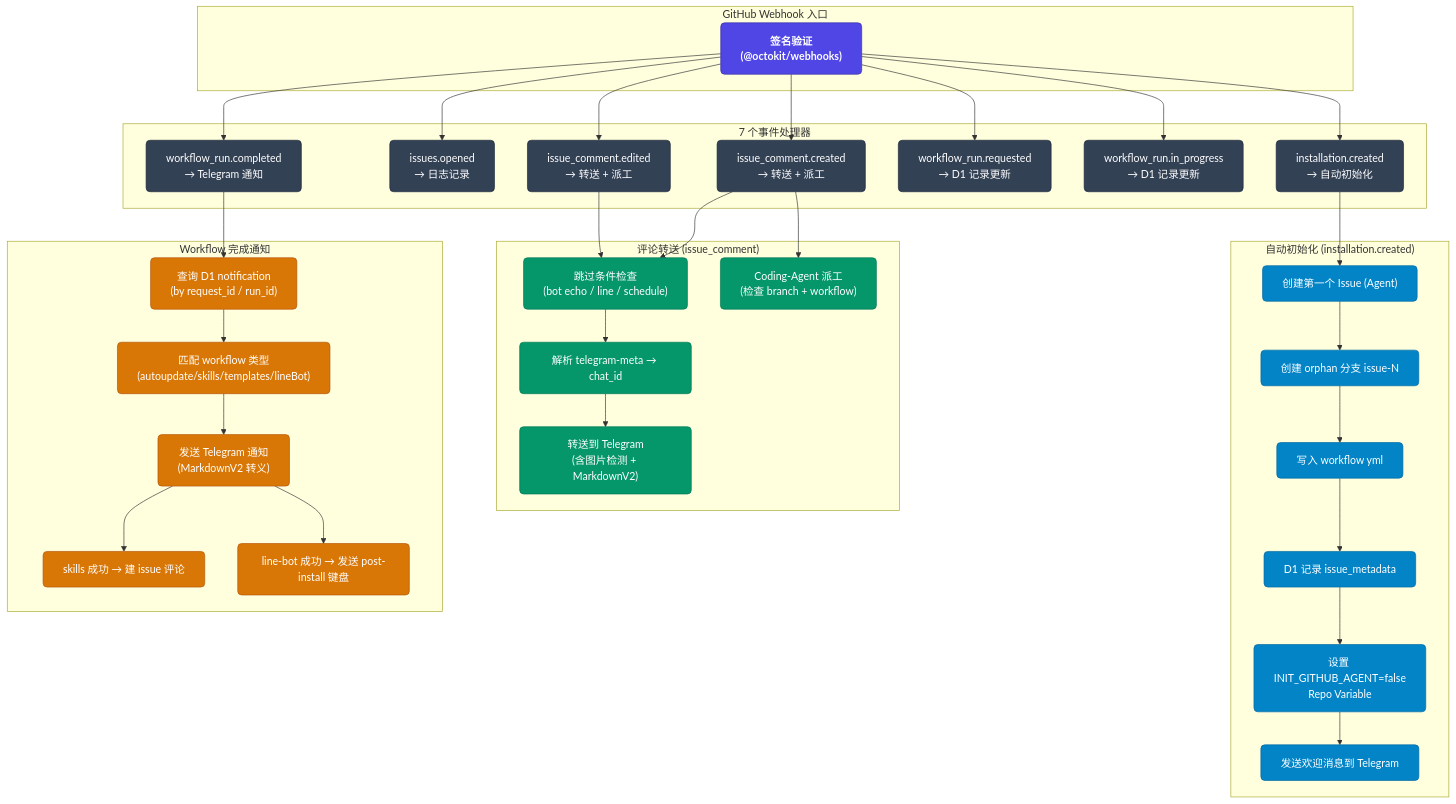
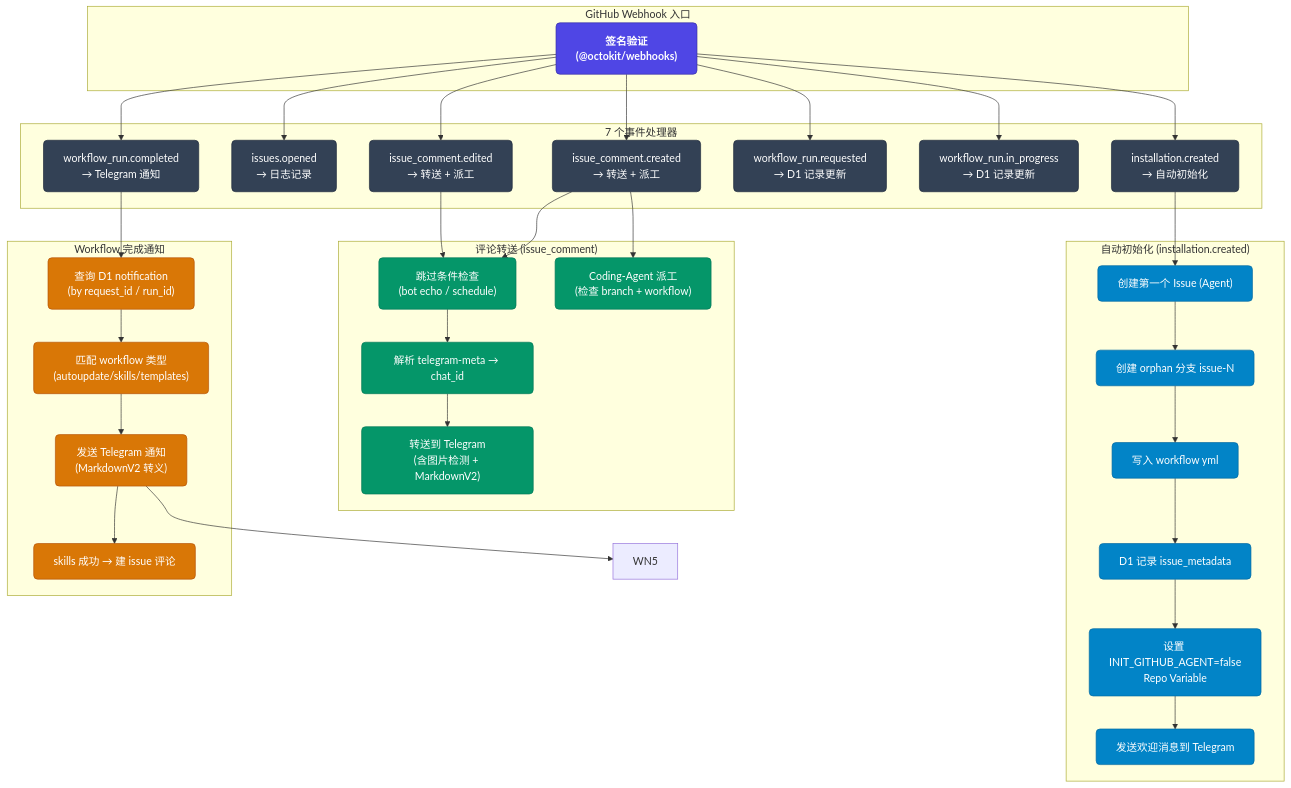
Before and after one commit to getfde-admin/myagent-core: the fourth of 11 diagrams in src/ARCHITECTURE.md, drawn with Mermaid. The commit also changed other lines of this file and 20 other files, not shown here.

First line of the commit message:
fix: sync Telegram command menu via waitUntil + remove LINE bot remnants

````diff
--- a/src/ARCHITECTURE.md
+++ b/src/ARCHITECTURE.md
@@ -234,56 +233,55 @@
 ```mermaid
 flowchart TB
     classDef entry fill:#4f46e5,stroke:#3730a3,color:#fff,font-weight:bold,rx:6px
     classDef event fill:#334155,stroke:#1e293b,color:#fff,rx:6px
     classDef init fill:#0284c7,stroke:#0369a1,color:#fff,rx:6px
     classDef relay fill:#059669,stroke:#047857,color:#fff,rx:6px
     classDef notify fill:#d97706,stroke:#b45309,color:#fff,rx:6px
 
     subgraph "GitHub Webhook 入口"
         SIGN["签名验证<br/>(@octokit/webhooks)"]:::entry
     end
 
     subgraph "7 个事件处理器"
         E1["installation.created<br/>→ 自动初始化"]:::event
         E2["issues.opened<br/>→ 日志记录"]:::event
         E3["issue_comment.created<br/>→ 转送 + 派工"]:::event
         E4["issue_comment.edited<br/>→ 转送 + 派工"]:::event
         E5["workflow_run.requested<br/>→ D1 记录更新"]:::event
         E6["workflow_run.in_progress<br/>→ D1 记录更新"]:::event
         E7["workflow_run.completed<br/>→ Telegram 通知"]:::event
     end
 
     subgraph "自动初始化 (installation.created)"
         AI1["创建第一个 Issue (Agent)"]:::init
         AI2["创建 orphan 分支 issue-N"]:::init
         AI3["写入 workflow yml"]:::init
         AI4["D1 记录 issue_metadata"]:::init
         AI5["设置 INIT_GITHUB_AGENT=false<br/>Repo Variable"]:::init
         AI6["发送欢迎消息到 Telegram"]:::init
     end
 
     subgraph "评论转送 (issue_comment)"
-        RC1["跳过条件检查<br/>(bot echo / line / schedule)"]:::relay
+        RC1["跳过条件检查<br/>(bot echo / schedule)"]:::relay
         RC2["解析 telegram-meta → chat_id"]:::relay
         RC3["转送到 Telegram<br/>(含图片检测 + MarkdownV2)"]:::relay
         RC4["Coding-Agent 派工<br/>(检查 branch + workflow)"]:::relay
     end
 
     subgraph "Workflow 完成通知"
         WN1["查询 D1 notification<br/>(by request_id / run_id)"]:::notify
-        WN2["匹配 workflow 类型<br/>(autoupdate/skills/templates/lineBot)"]:::notify
+        WN2["匹配 workflow 类型<br/>(autoupdate/skills/templates)"]:::notify
         WN3["发送 Telegram 通知<br/>(MarkdownV2 转义)"]:::notify
         WN4["skills 成功 → 建 issue 评论"]:::notify
-        WN5["line-bot 成功 → 发送 post-install 键盘"]:::notify
     end
 
     SIGN --> E1 & E2 & E3 & E4 & E5 & E6 & E7
 
     E1 --> AI1 --> AI2 --> AI3 --> AI4 --> AI5 --> AI6
     E3 --> RC1 --> RC2 --> RC3
     E3 --> RC4
     E4 --> RC1
     E7 --> WN1 --> WN2 --> WN3
     WN3 --> WN4
     WN3 --> WN5
 ```
````
